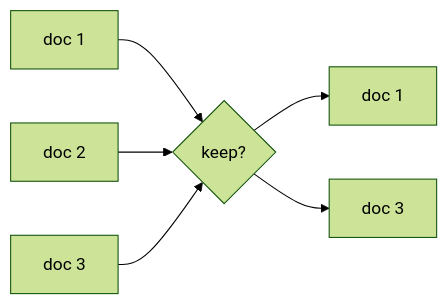
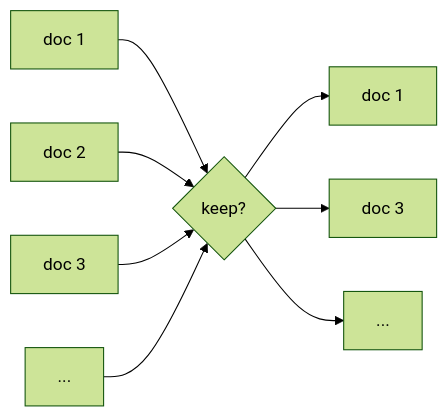
The diagram in docs/operators/filter.md (ucbepic/docetl), drawn with Mermaid (forest theme) before and after one commit. The commit also changed 8 other files, not shown here.

First line of the commit message:
Operator diagrams: center, add continuation rows

````diff
--- a/docs/operators/filter.md
+++ b/docs/operators/filter.md
@@ -5,8 +5,10 @@
 ```mermaid
 flowchart LR
     d1["doc 1"] --> f{"keep?"}
     d2["doc 2"] --> f
     d3["doc 3"] --> f
+    dn["..."] --> f
     f --> o1["doc 1"]
     f --> o3["doc 3"]
+    f --> on["..."]
 ```
````
